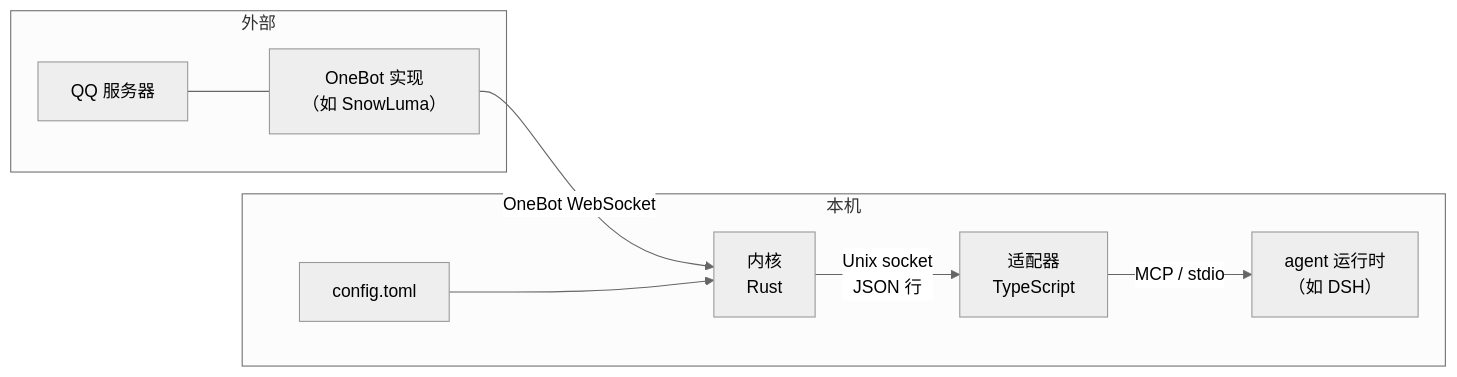
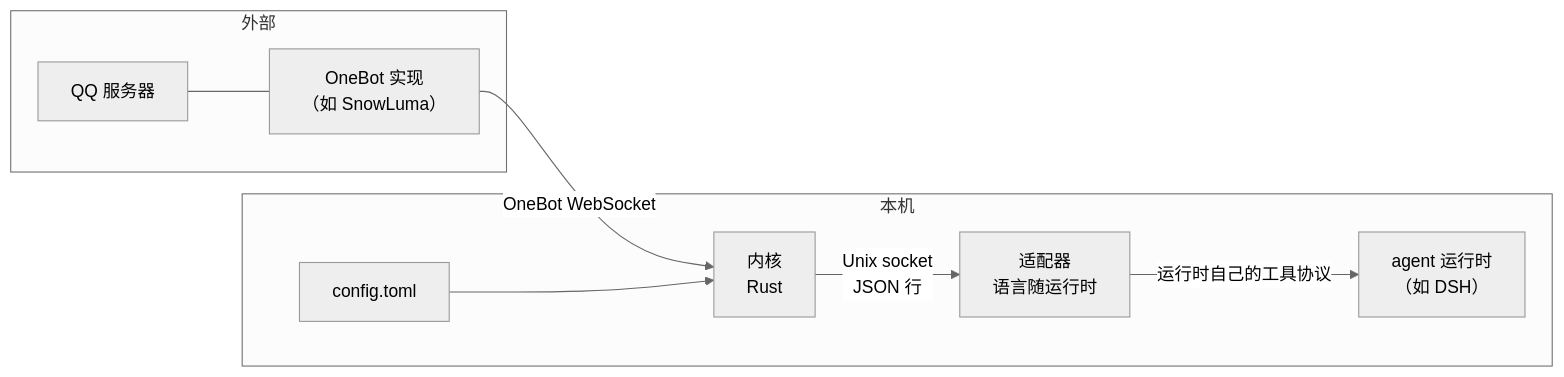
Before and after one commit to DataEraserC/qq-bridge: the first of 2 diagrams in docs/architecture/01-overview.md, drawn with Mermaid (neutral theme). The commit also changed other lines of this file and 8 other files, not shown here.

First line of the commit message:
docs: 适配器语言随运行时，不再固定为 TypeScript

````diff
--- a/docs/architecture/01-overview.md
+++ b/docs/architecture/01-overview.md
@@ -9,18 +9,18 @@
 ```mermaid
 flowchart LR
     subgraph ext[外部]
         QQ["QQ 服务器"]
         SN["OneBot 实现<br/>（如 SnowLuma）"]
     end
     subgraph host[本机]
         CFG["config.toml"]
         K["内核<br/>Rust"]
-        A["适配器<br/>TypeScript"]
+        A["适配器<br/>语言随运行时"]
         RT["agent 运行时<br/>（如 DSH）"]
     end
     QQ --- SN
     SN -- "OneBot WebSocket" --> K
     CFG --> K
     K -- "Unix socket<br/>JSON 行" --> A
-    A -- "MCP / stdio" --> RT
+    A -- "运行时自己的工具协议" --> RT
 ```
````
